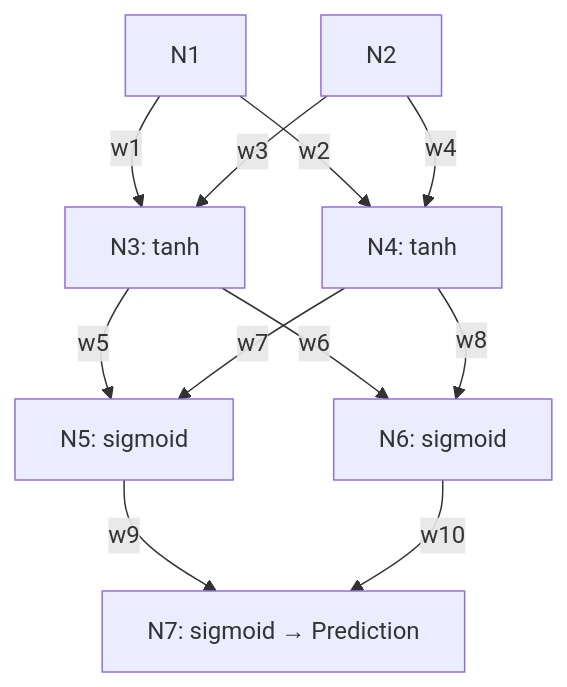
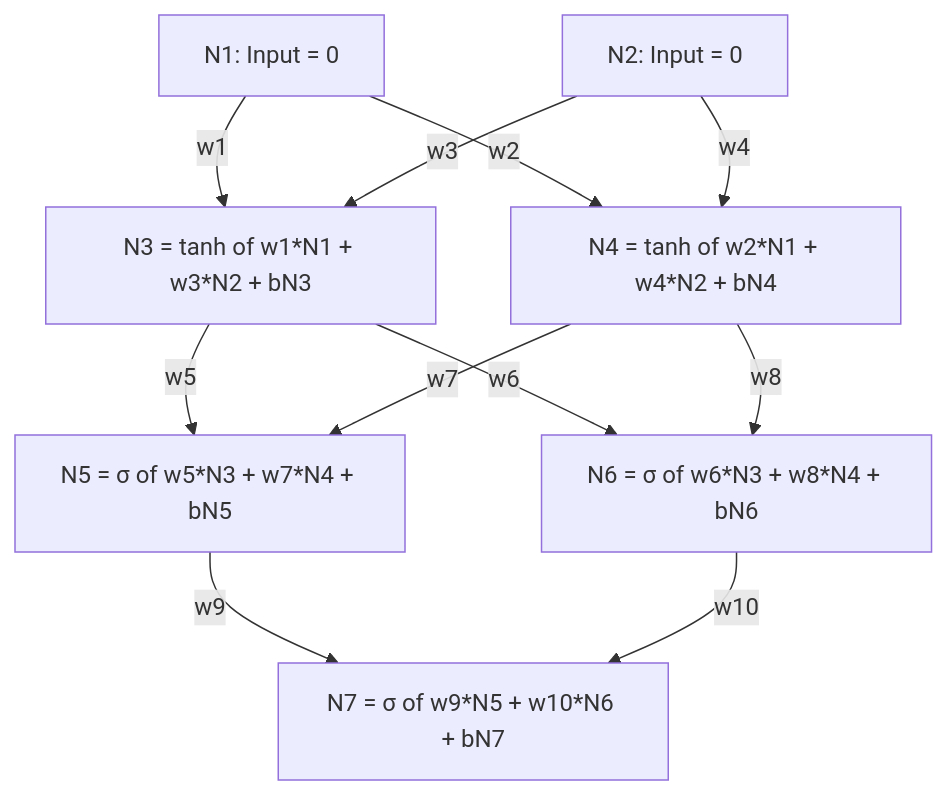
The diagram in README.md (erossini/BasicNeuralNetwork), drawn with Mermaid before and after one commit.

````diff
--- a/README.md
+++ b/README.md
@@ -6,31 +6,31 @@
 ```mermaid
 graph TD
   %% Input Layer
-  N1[N1]
-  N2[N2]
+  N1[N1: Input = 0]
+  N2[N2: Input = 0]
 
   %% Hidden Layer 1
-  N3[N3: tanh]
-  N4[N4: tanh]
+  N3[N3 = tanh of w1*N1 + w3*N2 + bN3 ]
+  N4[N4 = tanh of w2*N1 + w4*N2 + bN4]
 
   %% Hidden Layer 2
-  N5[N5: sigmoid]
-  N6[N6: sigmoid]
+  N5[N5 = σ of w5*N3 + w7*N4 + bN5 ]
+  N6[N6 = σ of w6*N3 + w8*N4 + bN6 ]
 
   %% Output Layer
-  N7[N7: sigmoid → Prediction]
+  N7[N7 = σ of w9*N5 + w10*N6 + bN7 ]
 
-  %% Connections with weights and biases as comments
+  %% Connections
   N1 -->|w1| N3
   N1 -->|w2| N4
   N2 -->|w3| N3
   N2 -->|w4| N4
 
   N3 -->|w5| N5
   N3 -->|w6| N6
   N4 -->|w7| N5
   N4 -->|w8| N6
 
   N5 -->|w9| N7
   N6 -->|w10| N7
 ```
````
